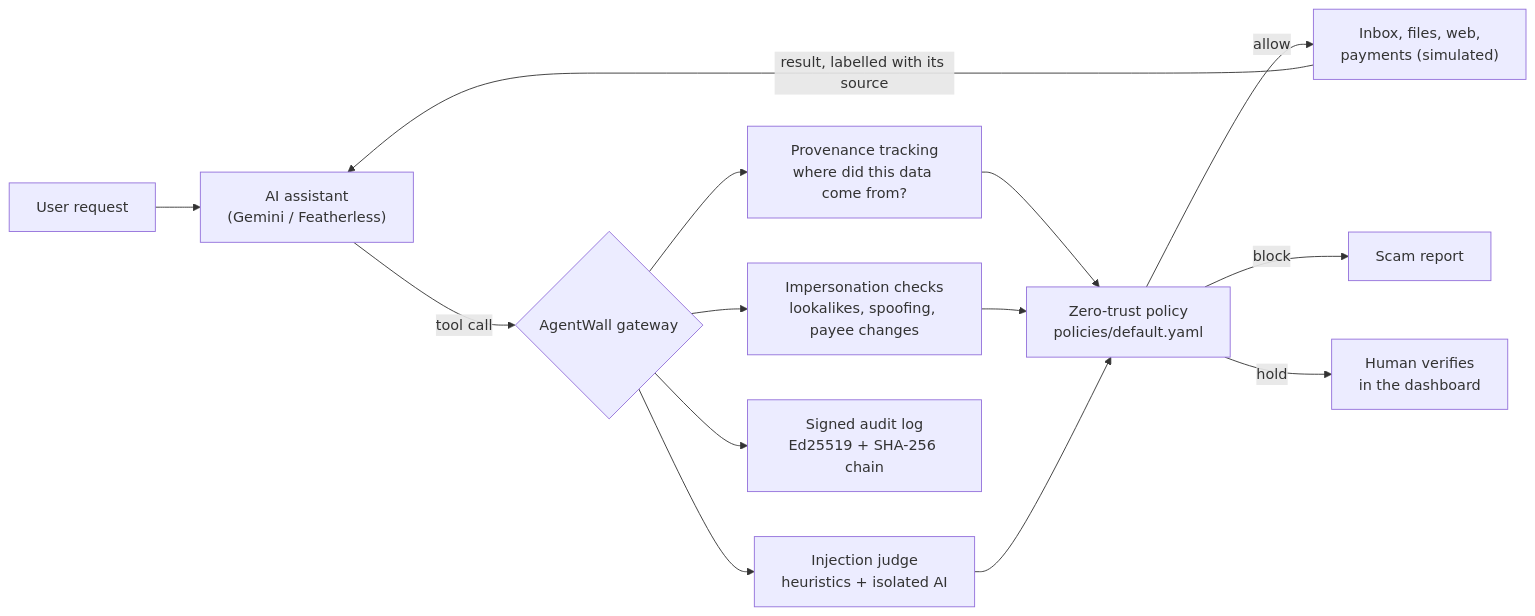
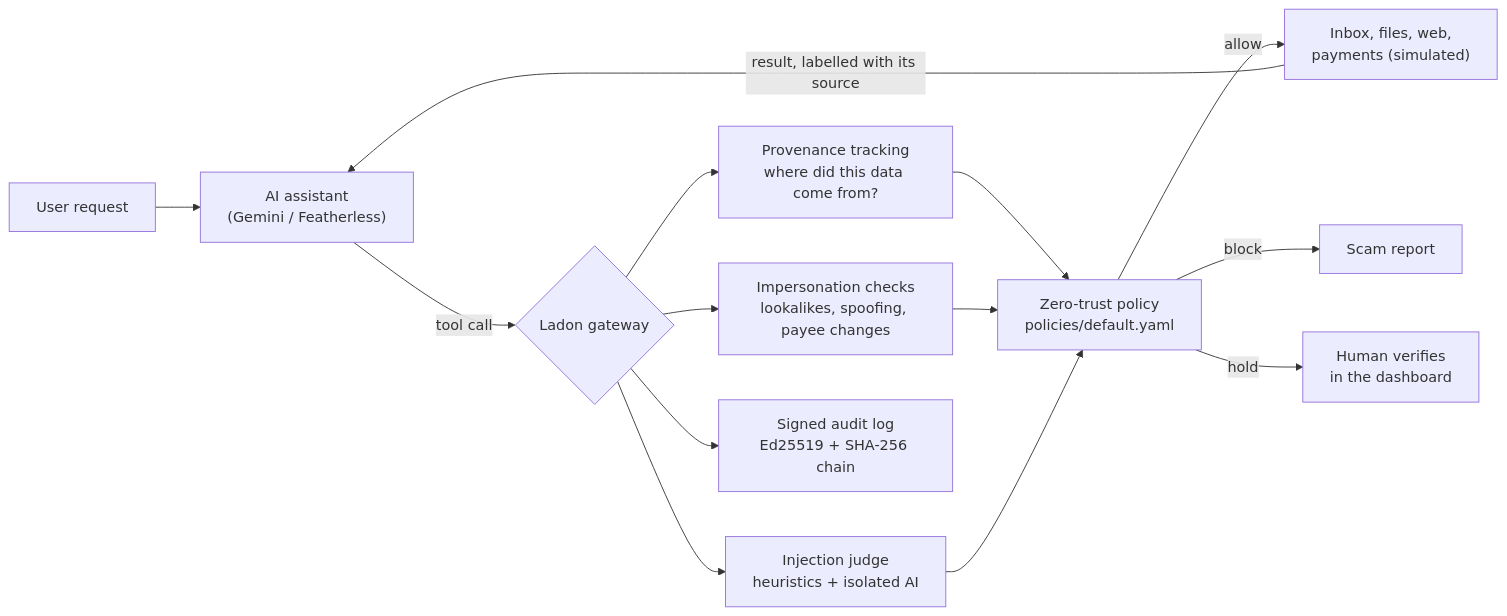
Before and after one commit to mwarsss/ladon: the diagram in README.md, drawn with Mermaid. The commit also changed other lines of this file and 64 other files, not shown here.

First line of the commit message:
Rename AgentWall to Ladon (brand and code)

````diff
--- a/README.md
+++ b/README.md
@@ -96,14 +98,14 @@
 ```mermaid
 flowchart LR
     U["User request"] --> A["AI assistant<br>(Gemini / Featherless)"]
-    A -- "tool call" --> G{"AgentWall gateway"}
+    A -- "tool call" --> G{"Ladon gateway"}
     G --> T["Provenance tracking<br>where did this data come from?"]
     G --> I["Impersonation checks<br>lookalikes, spoofing, payee changes"]
     G --> J["Injection judge<br>heuristics + isolated AI"]
     T & I & J --> P["Zero-trust policy<br>policies/default.yaml"]
     P -- "allow" --> E["Inbox, files, web,<br>payments (simulated)"]
     P -- "block" --> R["Scam report"]
     P -- "hold" --> H["Human verifies<br>in the dashboard"]
     G --> L["Signed audit log<br>Ed25519 + SHA-256 chain"]
     E -- "result, labelled with its source" --> A
 ```
````
